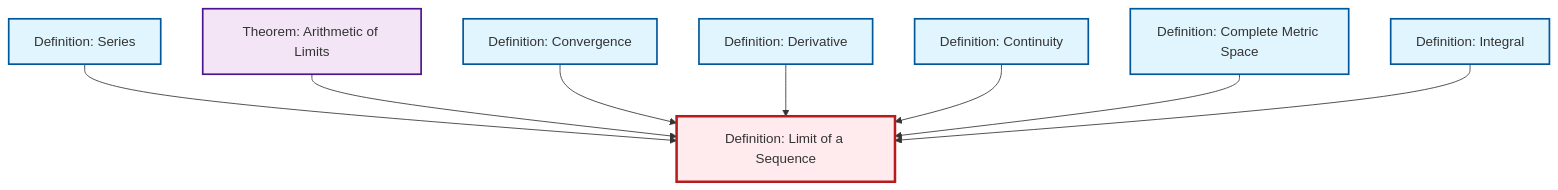
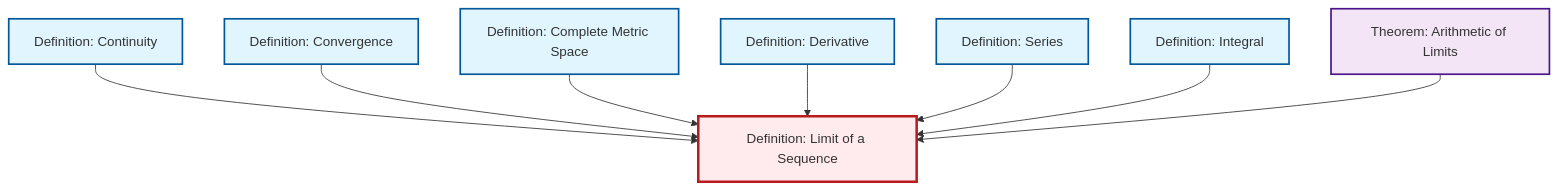
Before and after one commit to RK0429/ModernMath: the diagram in content/ja/analysis/def-limit.qmd, drawn with Mermaid. The commit also changed other lines of this file and 491 other files, not shown here.

````diff
--- a/content/ja/analysis/def-limit.qmd
+++ b/content/ja/analysis/def-limit.qmd
@@ -49,32 +49,32 @@
 ```{mermaid}
 %%| fig-cap: "Local dependency graph"
 graph TD
     classDef definition fill:#e1f5fe,stroke:#01579b,stroke-width:2px
     classDef theorem fill:#f3e5f5,stroke:#4a148c,stroke-width:2px
     classDef axiom fill:#fff3e0,stroke:#e65100,stroke-width:2px
     classDef example fill:#e8f5e9,stroke:#1b5e20,stroke-width:2px
     classDef current fill:#ffebee,stroke:#b71c1c,stroke-width:3px
+    def-continuity["Definition: Continuity"]:::definition
+    def-limit["Definition: Limit of a Sequence"]:::definition
+    def-complete-metric-space["Definition: Complete Metric Space"]:::definition
+    def-derivative["Definition: Derivative"]:::definition
     def-series["Definition: Series"]:::definition
     thm-limit-arithmetic["Theorem: Arithmetic of Limits"]:::theorem
+    def-convergence["Definition: Convergence"]:::definition
     def-integral["Definition: Integral"]:::definition
-    def-complete-metric-space["Definition: Complete Metric Space"]:::definition
-    def-continuity["Definition: Continuity"]:::definition
-    def-derivative["Definition: Derivative"]:::definition
-    def-limit["Definition: Limit of a Sequence"]:::definition
-    def-convergence["Definition: Convergence"]:::definition
+    def-continuity --> def-limit
+    def-convergence --> def-limit
+    def-complete-metric-space --> def-limit
+    def-derivative --> def-limit
     def-series --> def-limit
+    def-integral --> def-limit
     thm-limit-arithmetic --> def-limit
-    def-convergence --> def-limit
-    def-derivative --> def-limit
-    def-continuity --> def-limit
-    def-complete-metric-space --> def-limit
-    def-integral --> def-limit
     class def-limit current
+    click def-continuity "def-continuity.html" "Definition: Continuityへ"
+    click def-complete-metric-space "def-complete-metric-space.html" "Definition: Complete Metric Spaceへ"
+    click def-derivative "def-derivative.html" "Definition: Derivativeへ"
     click def-series "def-series.html" "Definition: Seriesへ"
     click thm-limit-arithmetic "thm-limit-arithmetic.html" "Theorem: Arithmetic of Limitsへ"
+    click def-convergence "def-convergence.html" "Definition: Convergenceへ"
     click def-integral "def-integral.html" "Definition: Integralへ"
-    click def-complete-metric-space "def-complete-metric-space.html" "Definition: Complete Metric Spaceへ"
-    click def-continuity "def-continuity.html" "Definition: Continuityへ"
-    click def-derivative "def-derivative.html" "Definition: Derivativeへ"
-    click def-convergence "def-convergence.html" "Definition: Convergenceへ"
 ```
````
